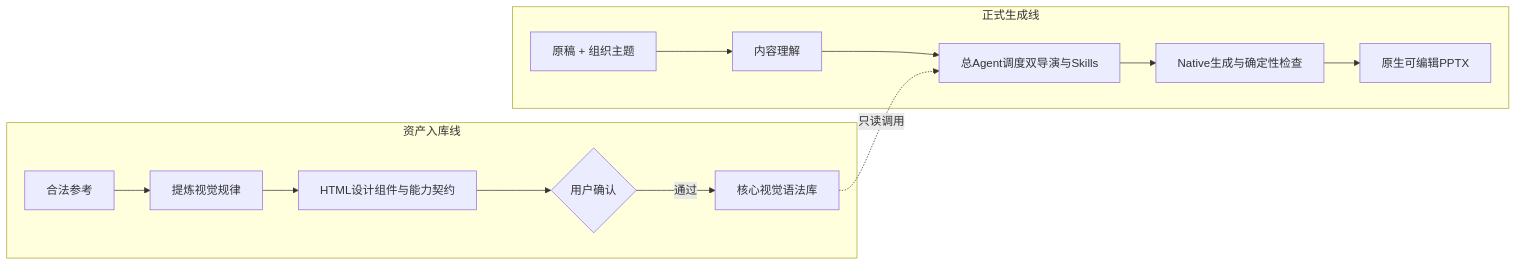
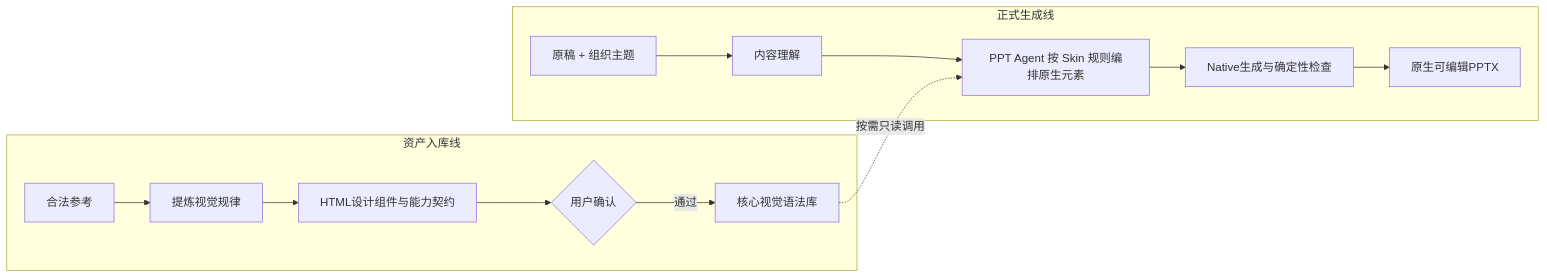
Before and after one commit to NEUwpy/PPagenT: the diagram in docs/产品叙事.md, drawn with Mermaid. The commit also changed other lines of this file and 8 other files, not shown here.

````diff
--- a/docs/产品叙事.md
+++ b/docs/产品叙事.md
@@ -67,16 +67,16 @@
 ```mermaid
 flowchart LR
     subgraph I["资产入库线"]
         A["合法参考"] --> B["提炼视觉规律"]
         B --> C["HTML设计组件与能力契约"]
         C --> D{"用户确认"}
         D -->|通过| E["核心视觉语法库"]
     end
     subgraph R["正式生成线"]
         F["原稿 + 组织主题"] --> G["内容理解"]
-        G --> H["总Agent调度双导演与Skills"]
-        E -."只读调用".-> H
+        G --> H["PPT Agent 按 Skin 规则编排原生元素"]
+        E -."按需只读调用".-> H
         H --> J["Native生成与确定性检查"]
         J --> K["原生可编辑PPTX"]
     end
 ```
````
